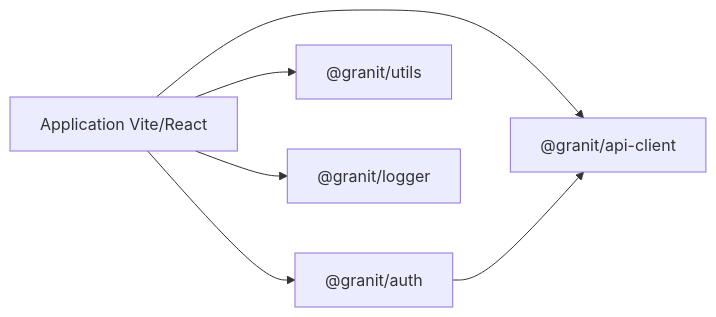
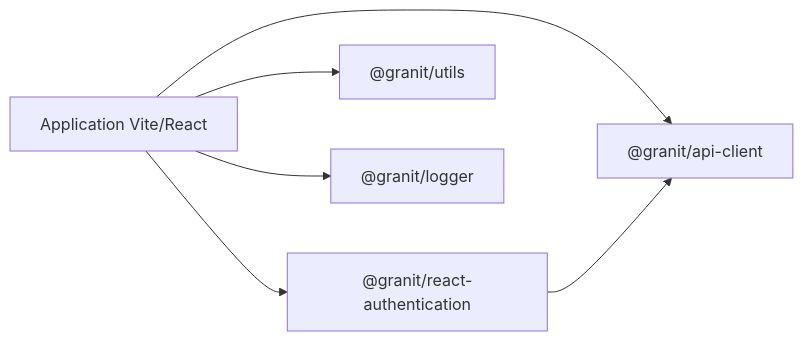
One commit to enraiz/granit-front changed the diagram in docs/guide/demarrage-rapide.md. Above: the diagram before and after it, drawn with Mermaid. The commit also changed other lines of this file and 17 other files, not shown here.

First line of the commit message:
docs(auth-split): remplacer les références @granit/auth par les nouveaux packages

````diff
--- a/docs/guide/demarrage-rapide.md
+++ b/docs/guide/demarrage-rapide.md
@@ -9,9 +9,9 @@
 ```mermaid
 flowchart LR
     APP[Application Vite/React]
-    APP --> AUTH["@granit/auth"]
+    APP --> AUTH["@granit/react-authentication"]
     APP --> API["@granit/api-client"]
     APP --> UTILS["@granit/utils"]
     APP --> LOGGER["@granit/logger"]
     AUTH --> API
 ```
````
